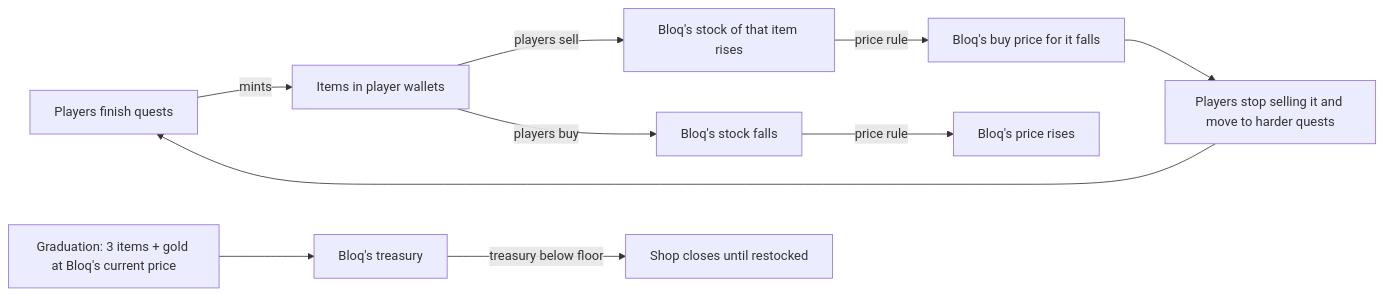
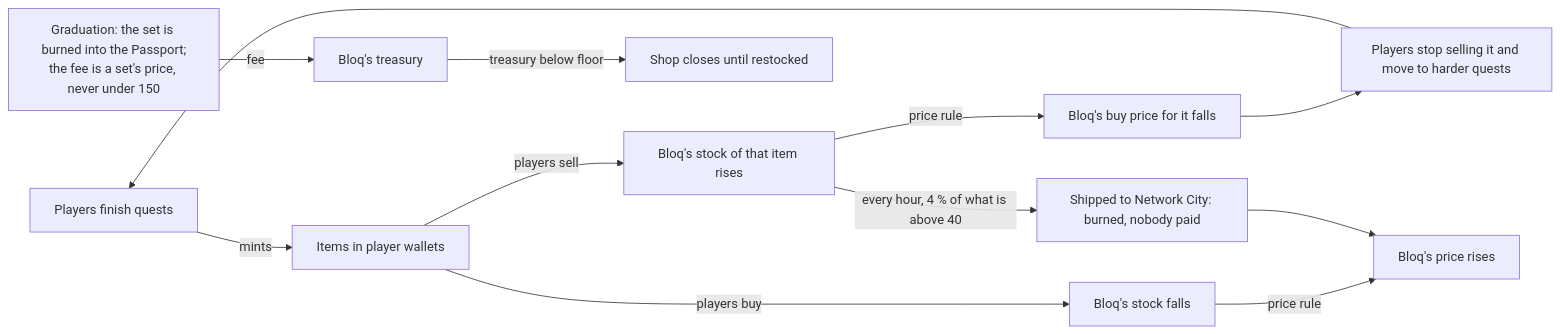
The ninth of 9 diagrams in docs/FLOWS.md (1AdiTech1/bloqvia), drawn with Mermaid before and after one commit. The commit also changed other lines of this file and 2 other files, not shown here.

First line of the commit message:
docs: the shipping rule in FLOWS, the contracts README and INTEGRATION

````diff
--- a/docs/FLOWS.md
+++ b/docs/FLOWS.md
@@ -235,12 +235,14 @@
 ```mermaid
 flowchart LR
     Q[Players finish quests] -- mints --> I[Items in player wallets]
     I -- players sell --> S[Bloq's stock of that item rises]
     S -- price rule --> D[Bloq's buy price for it falls]
     D --> M[Players stop selling it and move to harder quests]
     M --> Q
     I -- players buy --> S2[Bloq's stock falls]
     S2 -- price rule --> U[Bloq's price rises]
-    G[Graduation: 3 items + gold at Bloq's current price] --> T[Bloq's treasury]
+    S -- every hour, 4 % of what is above 40 --> N[Shipped to Network City: burned, nobody paid]
+    N --> U
+    G[Graduation: the set is burned into the Passport;<br/>the fee is a set's price, never under 150] -- fee --> T[Bloq's treasury]
     T -- treasury below floor --> X[Shop closes until restocked]
 ```
````
